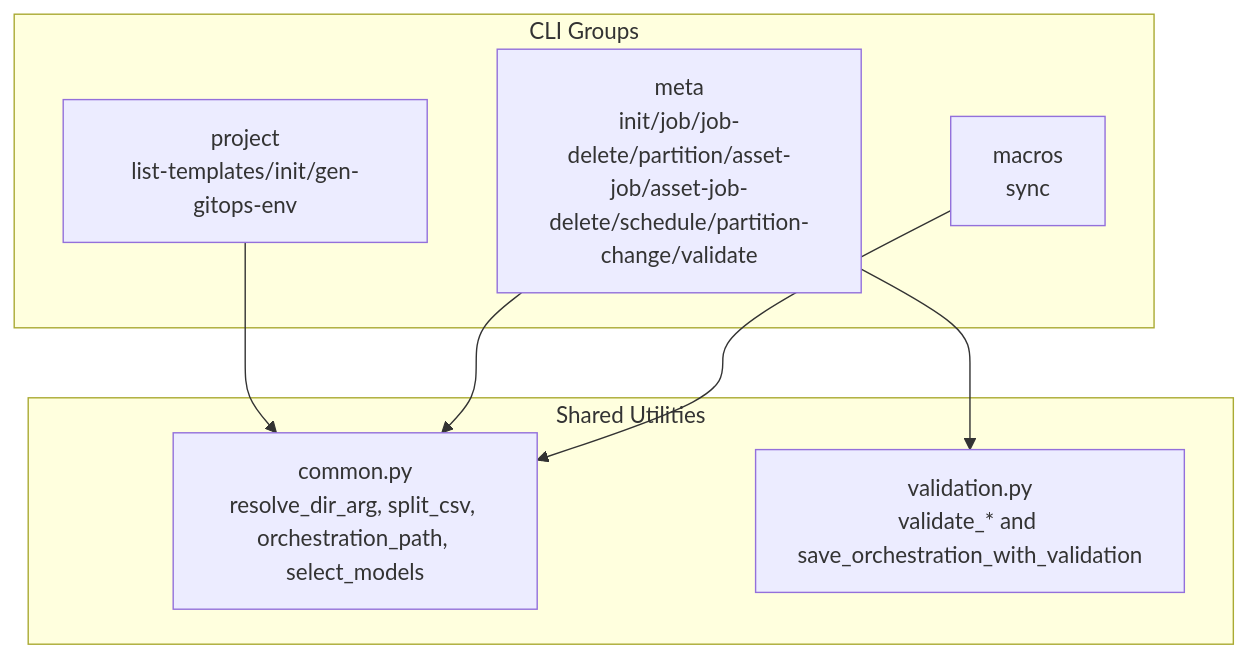
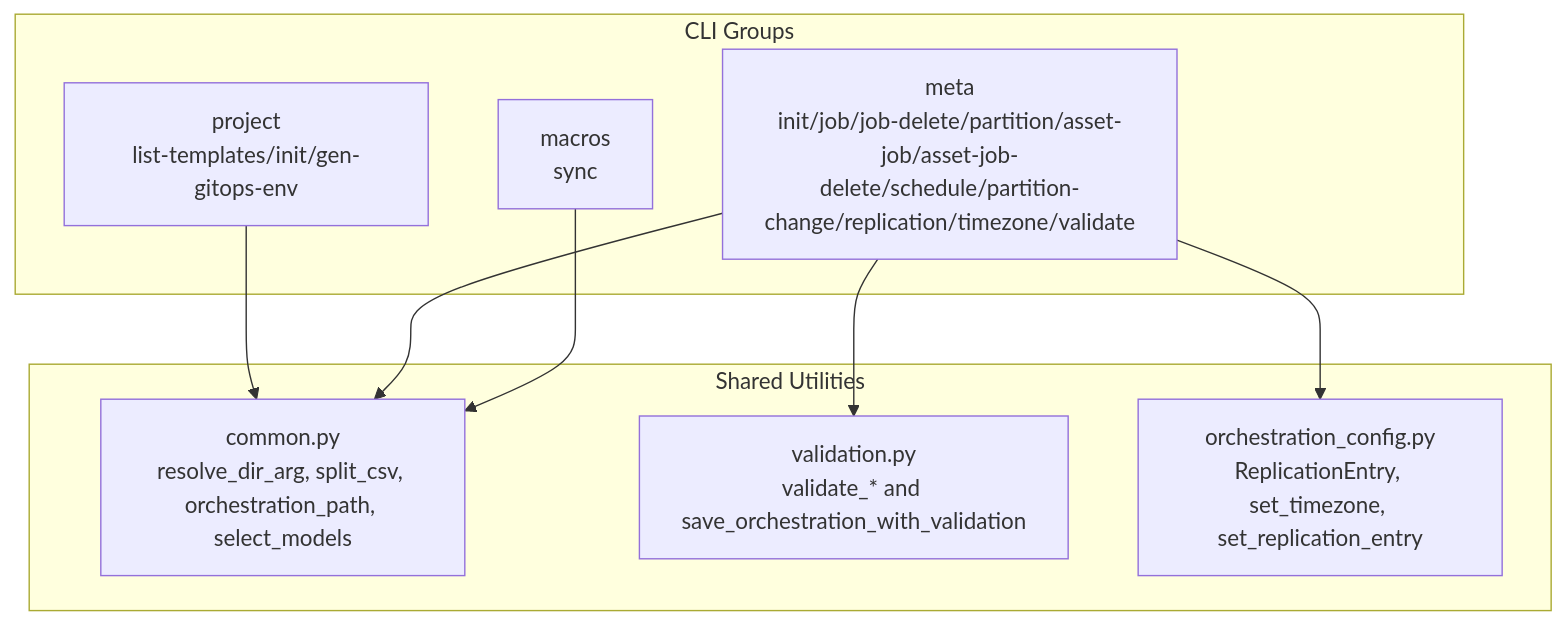
One commit to metasync/dbt-dagsterizer changed the second of 3 diagrams in .qoder/repowiki/en/content/CLI Reference/CLI Reference.md. Above: the diagram before and after it, drawn with Mermaid. The commit also changed other lines of this file and 3 other files, not shown here.

````diff
--- a/.qoder/repowiki/en/content/CLI Reference/CLI Reference.md
+++ b/.qoder/repowiki/en/content/CLI Reference/CLI Reference.md
@@ -106,16 +112,18 @@
 ```mermaid
 graph TB
 subgraph "CLI Groups"
 PG["project<br/>list-templates/init/gen-gitops-env"]
-MG["meta<br/>init/job/job-delete/partition/asset-job/asset-job-delete/schedule/partition-change/validate"]
+MG["meta<br/>init/job/job-delete/partition/asset-job/asset-job-delete/schedule/partition-change/replication/timezone/validate"]
 MC["macros<br/>sync"]
 end
 subgraph "Shared Utilities"
 CMN["common.py<br/>resolve_dir_arg, split_csv, orchestration_path, select_models"]
 VAL["validation.py<br/>validate_* and save_orchestration_with_validation"]
+ORCH["orchestration_config.py<br/>ReplicationEntry, set_timezone, set_replication_entry"]
 end
 PG --> CMN
 MG --> CMN
 MG --> VAL
+MG --> ORCH
 MC --> CMN
 ```
````
